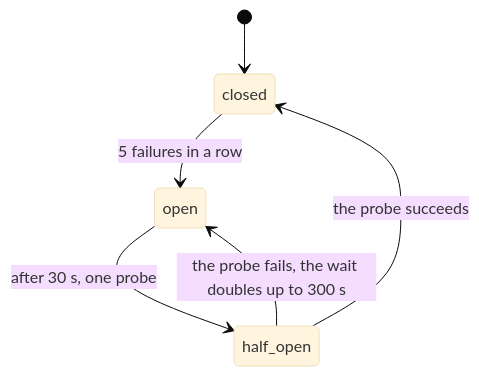
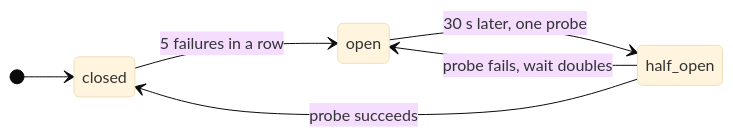
The third of 3 diagrams in docs-site/src/content/docs/guides/request-journey.mdx (harshbhx/ratchet), drawn with Mermaid (base theme) before and after one commit. The commit also changed other lines of this file and 100 other files, not shown here.

First line of the commit message:
Docs v2: new design, Mermaid diagrams, React Bits components, text-to-SQL pages, fresh reference (#14)

````diff
--- a/docs-site/src/content/docs/guides/request-journey.mdx
+++ b/docs-site/src/content/docs/guides/request-journey.mdx
@@ -200,8 +262,13 @@
 ```mermaid
 stateDiagram-v2
-    [*] --> closed
-    closed --> open: 5 failures in a row
-    open --> half_open: after 30 s, one probe
-    half_open --> closed: the probe succeeds
-    half_open --> open: the probe fails, the wait doubles up to 300 s
+  direction LR
+  [*] --> closed
+  closed --> open: 5 failures in a row
+  open --> half_open: 30 s later, one probe
+  half_open --> closed: probe succeeds
+  half_open --> open: probe fails, wait doubles
+
+  class closed ok
+  class open danger
+  class half_open pending
 ```
````
